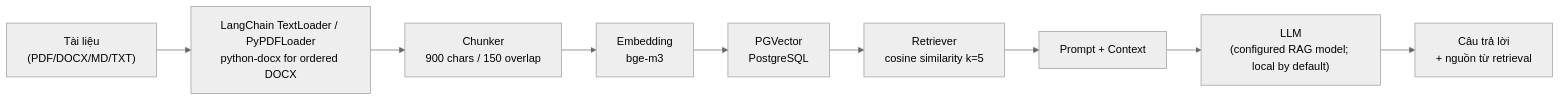
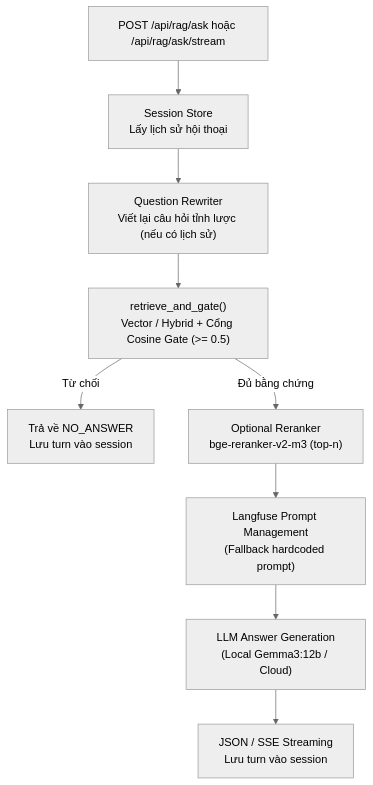
The second of 6 diagrams in docs/architecture.md (tranquoctrieu382006-tech/AI-assistant), drawn with Mermaid (neutral theme) before and after one commit. The commit also changed other lines of this file and 24 other files, not shown here.

Commit message:
feat(rag): add hybrid retrieval and multi-turn support

````diff
--- a/docs/architecture.md
+++ b/docs/architecture.md
@@ -152,11 +136,11 @@
 ```mermaid
-flowchart LR
-    A["Tài liệu\n(PDF/DOCX/MD/TXT)"] --> B["LangChain TextLoader / PyPDFLoader\npython-docx for ordered DOCX"]
-    B --> C["Chunker\n900 chars / 150 overlap"]
-    C --> D["Embedding\nbge-m3"]
-    D --> E["PGVector\nPostgreSQL"]
-    E --> F["Retriever\ncosine similarity k=5"]
-    F --> G["Prompt + Context"]
-    G --> H["LLM\n(configured RAG model; local by default)"]
-    H --> I["Câu trả lời\n+ nguồn từ retrieval"]
+flowchart TD
+    REQ["POST /api/rag/ask hoặc /api/rag/ask/stream"] --> SESS["Session Store\nLấy lịch sử hội thoại"]
+    SESS --> REW["Question Rewriter\nViết lại câu hỏi tỉnh lược (nếu có lịch sử)"]
+    REW --> GATE["retrieve_and_gate()\nVector / Hybrid + Cổng Cosine Gate (>= 0.5)"]
+    GATE -->|Từ chối| NO_ANS["Trả về NO_ANSWER\nLưu turn vào session"]
+    GATE -->|Đủ bằng chứng| RERANK["Optional Reranker\nbge-reranker-v2-m3 (top-n)"]
+    RERANK --> PROMPT["Langfuse Prompt Management\n(Fallback hardcoded prompt)"]
+    PROMPT --> LLM["LLM Answer Generation\n(Local Gemma3:12b / Cloud)"]
+    LLM --> RESP["JSON / SSE Streaming\nLưu turn vào session"]
 ```
````
